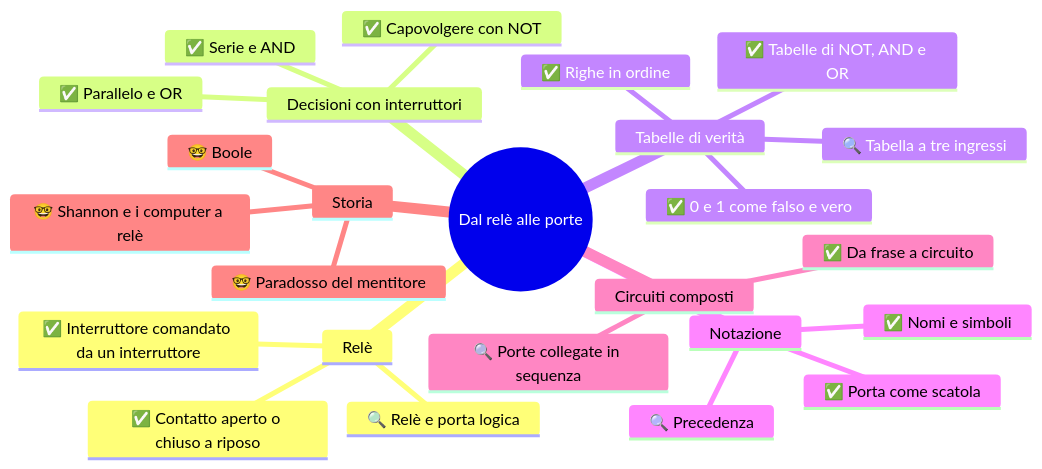
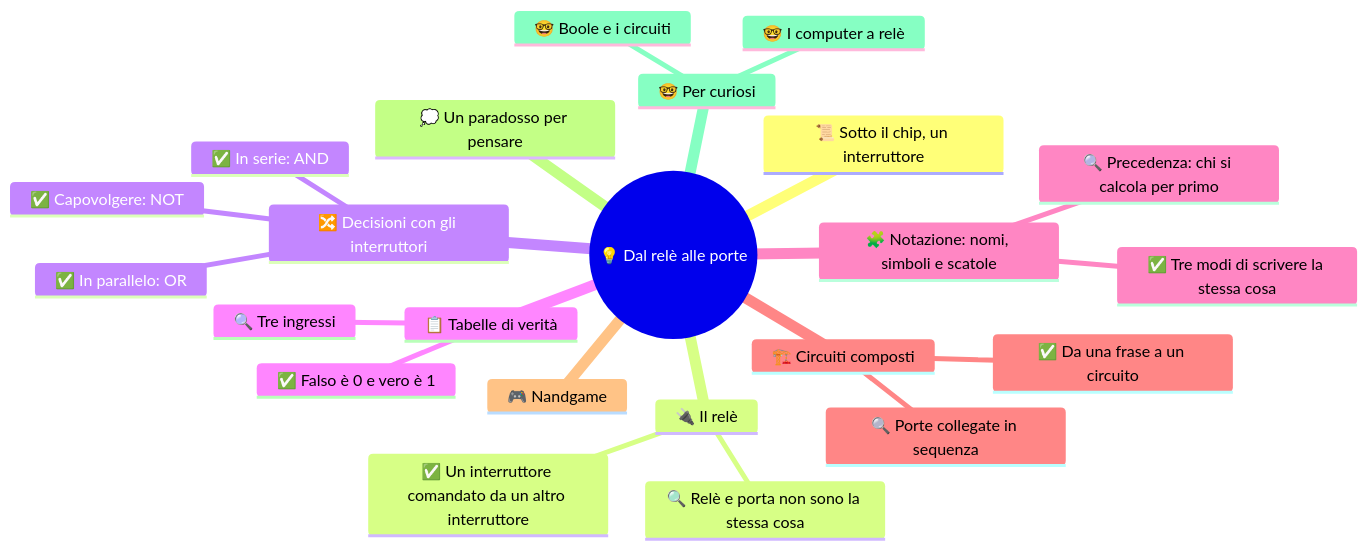
One commit to Neeqstock/dispense-caramuel changed the diagram in 1CI - Informatica/2 NOV-DIC/Allegati/1ci-nov-dic-s3-dal-rele-alle-porte-mappa-html-1.mmd. Above: the diagram before and after it, drawn with Mermaid. The commit also changed 56 other files, not shown here.

```diff
--- a/1CI - Informatica/2 NOV-DIC/Allegati/1ci-nov-dic-s3-dal-rele-alle-porte-mappa-html-1.mmd
+++ b/1CI - Informatica/2 NOV-DIC/Allegati/1ci-nov-dic-s3-dal-rele-alle-porte-mappa-html-1.mmd
@@ -1,26 +1,24 @@
 mindmap
-  root((Dal relè alle porte))
-    Relè
-      ✅ Interruttore comandato da un interruttore
-      ✅ Contatto aperto o chiuso a riposo
-      🔍 Relè e porta logica
-    Decisioni con interruttori
-      ✅ Serie e AND
-      ✅ Parallelo e OR
-      ✅ Capovolgere con NOT
-    Tabelle di verità
-      ✅ 0 e 1 come falso e vero
-      ✅ Tabelle di NOT, AND e OR
-      ✅ Righe in ordine
-      🔍 Tabella a tre ingressi
-    Notazione
-      ✅ Nomi e simboli
-      ✅ Porta come scatola
-      🔍 Precedenza
-    Circuiti composti
-      ✅ Da frase a circuito
+  root((💡 Dal relè alle porte))
+    📜 Sotto il chip, un interruttore
+    🔌 Il relè
+      ✅ Un interruttore comandato da un altro interruttore
+      🔍 Relè e porta non sono la stessa cosa
+    🔀 Decisioni con gli interruttori
+      ✅ In serie: AND
+      ✅ In parallelo: OR
+      ✅ Capovolgere: NOT
+    📋 Tabelle di verità
+      ✅ Falso è 0 e vero è 1
+      🔍 Tre ingressi
+    🧩 Notazione: nomi, simboli e scatole
+      ✅ Tre modi di scrivere la stessa cosa
+      🔍 Precedenza: chi si calcola per primo
+    🏗️ Circuiti composti
+      ✅ Da una frase a un circuito
       🔍 Porte collegate in sequenza
-    Storia
-      🤓 Boole
-      🤓 Shannon e i computer a relè
-      🤓 Paradosso del mentitore
+    🎮 Nandgame
+    💭 Un paradosso per pensare
+    🤓 Per curiosi
+      🤓 Boole e i circuiti
+      🤓 I computer a relè
```
